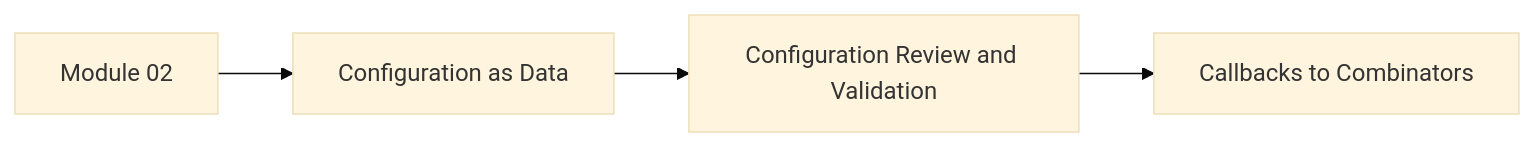
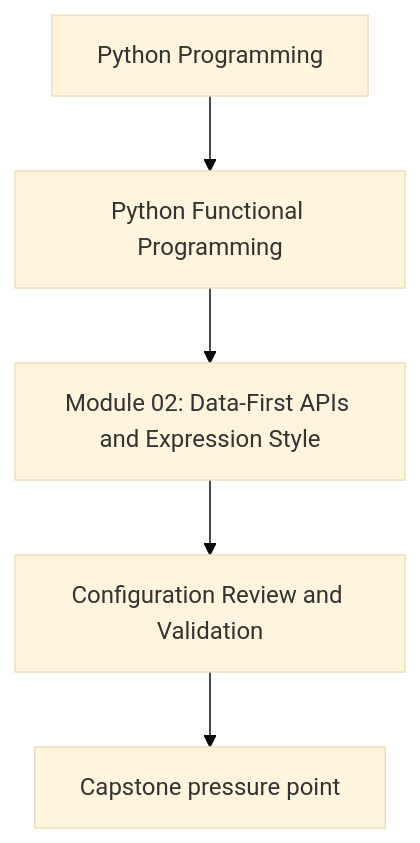
One commit to bijux/bijux-masterclass changed the first of 2 diagrams in programs/python-programming/python-functional-programming/course-book/module-02-data-first-apis-and-expression-style/configuration-review-and-validation.md. Above: the diagram before and after it, drawn with Mermaid (base theme). The commit also changed other lines of this file and 118 other files, not shown here.

Commit message:
docs(python-functional-programming): align concept page diagrams

````diff
--- a/programs/python-programming/python-functional-programming/course-book/module-02-data-first-apis-and-expression-style/configuration-review-and-validation.md
+++ b/programs/python-programming/python-functional-programming/course-book/module-02-data-first-apis-and-expression-style/configuration-review-and-validation.md
@@ -7,6 +7,7 @@
 ```mermaid
-graph LR
-  module["Module 02"] --> config["Configuration as Data"]
-  config --> review["Configuration Review and Validation"]
-  review --> next["Callbacks to Combinators"]
+flowchart TD
+  family["Python Programming"] --> program["Python Functional Programming"]
+  program --> module["Module 02: Data-First APIs and Expression Style"]
+  module --> concept["Configuration Review and Validation"]
+  concept --> capstone["Capstone pressure point"]
 ```
````
